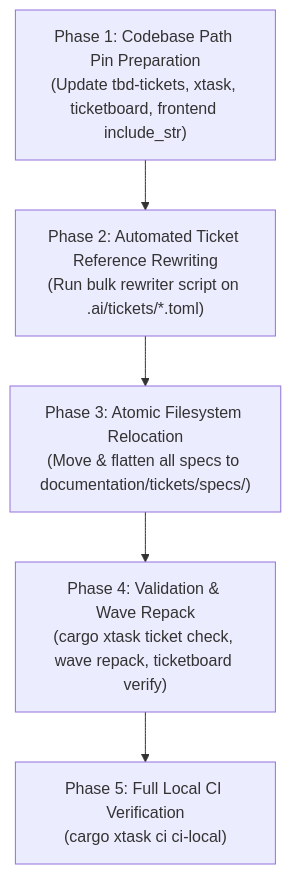
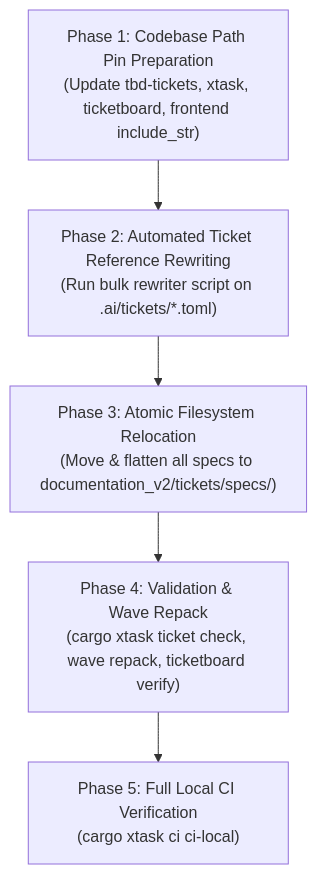
One commit to darkforce09/TBD-reforger changed the diagram in documentation_v2/ARCHITECTURE_PLAN.md. Above: the diagram before and after it, drawn with Mermaid. The commit also changed other lines of this file and 4 other files, not shown here.

````diff
--- a/documentation_v2/ARCHITECTURE_PLAN.md
+++ b/documentation_v2/ARCHITECTURE_PLAN.md
@@ -180,13 +193,13 @@
 ```mermaid
 graph TD
     P1["Phase 1: Codebase Path Pin Preparation<br/>(Update tbd-tickets, xtask, ticketboard, frontend include_str)"]
     P2["Phase 2: Automated Ticket Reference Rewriting<br/>(Run bulk rewriter script on .ai/tickets/*.toml)"]
-    P3["Phase 3: Atomic Filesystem Relocation<br/>(Move & flatten all specs to documentation/tickets/specs/)"]
+    P3["Phase 3: Atomic Filesystem Relocation<br/>(Move & flatten all specs to documentation_v2/tickets/specs/)"]
     P4["Phase 4: Validation & Wave Repack<br/>(cargo xtask ticket check, wave repack, ticketboard verify)"]
     P5["Phase 5: Full Local CI Verification<br/>(cargo xtask ci ci-local)"]
 
     P1 --> P2
     P2 --> P3
     P3 --> P4
     P4 --> P5
 ```
````
